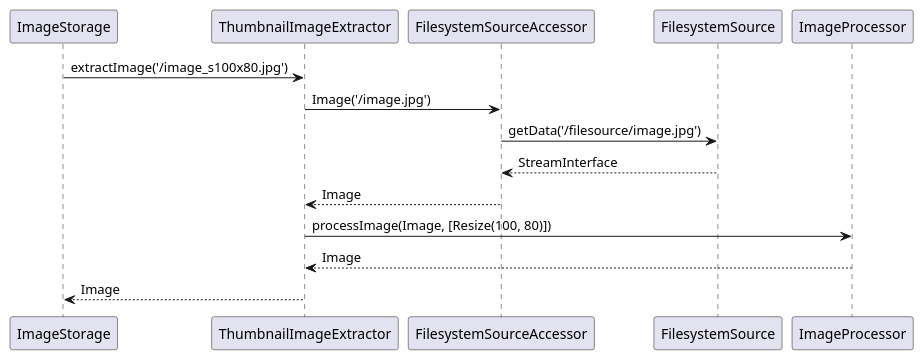
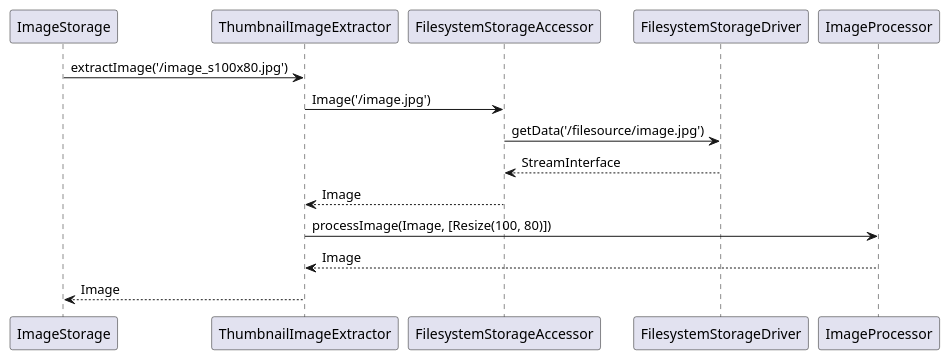
The diagram in docs/uml/thumbnail-extractor-and-filesystem-storage.puml (strider2038/image-cache), drawn with PlantUML before and after one commit. The commit also changed 47 other files, not shown here.

```diff
--- a/docs/uml/thumbnail-extractor-and-filesystem-storage.puml
+++ b/docs/uml/thumbnail-extractor-and-filesystem-storage.puml
@@ -1,12 +1,12 @@
 @startuml
 
 ImageStorage -> ThumbnailImageExtractor: extractImage('/image_s100x80.jpg')
-ThumbnailImageExtractor -> FilesystemSourceAccessor: Image('/image.jpg')
-FilesystemSourceAccessor -> FilesystemSource: getData('/filesource/image.jpg')
-FilesystemSourceAccessor <-- FilesystemSource: StreamInterface
-ThumbnailImageExtractor <-- FilesystemSourceAccessor: Image
+ThumbnailImageExtractor -> FilesystemStorageAccessor: Image('/image.jpg')
+FilesystemStorageAccessor -> FilesystemStorageDriver: getData('/filesource/image.jpg')
+FilesystemStorageAccessor <-- FilesystemStorageDriver: StreamInterface
+ThumbnailImageExtractor <-- FilesystemStorageAccessor: Image
 ThumbnailImageExtractor -> ImageProcessor: processImage(Image, [Resize(100, 80)])
 ThumbnailImageExtractor <-- ImageProcessor: Image
 ImageStorage <-- ThumbnailImageExtractor: Image
 
 @enduml
```
